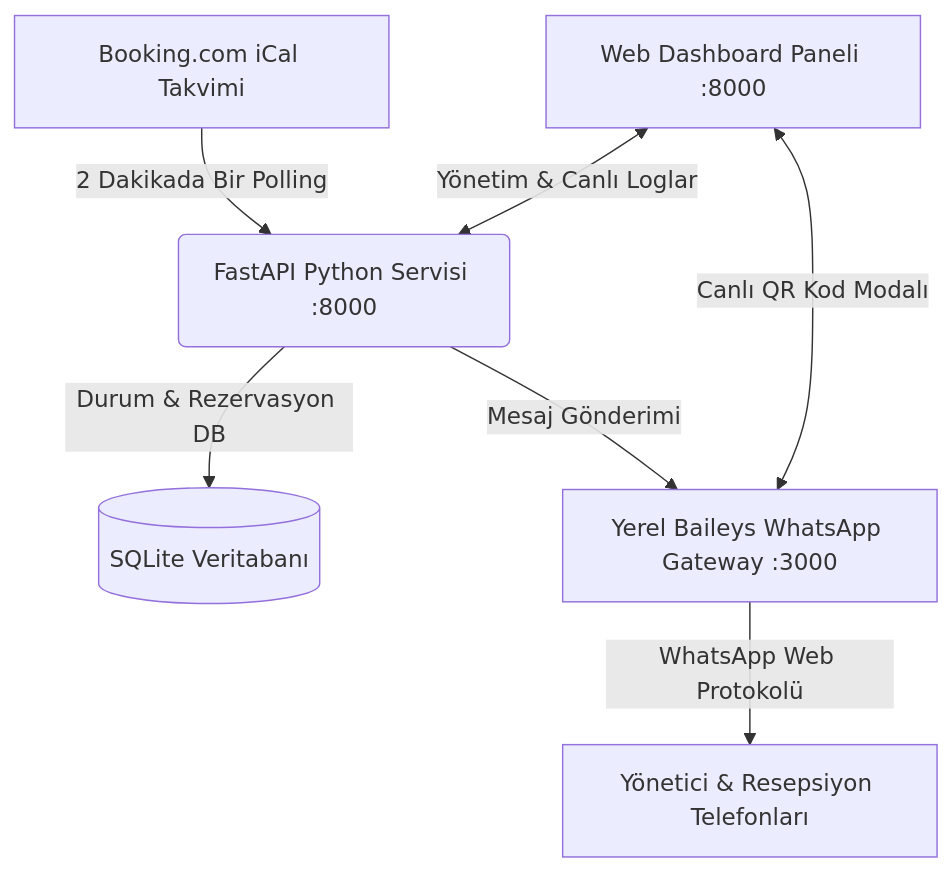
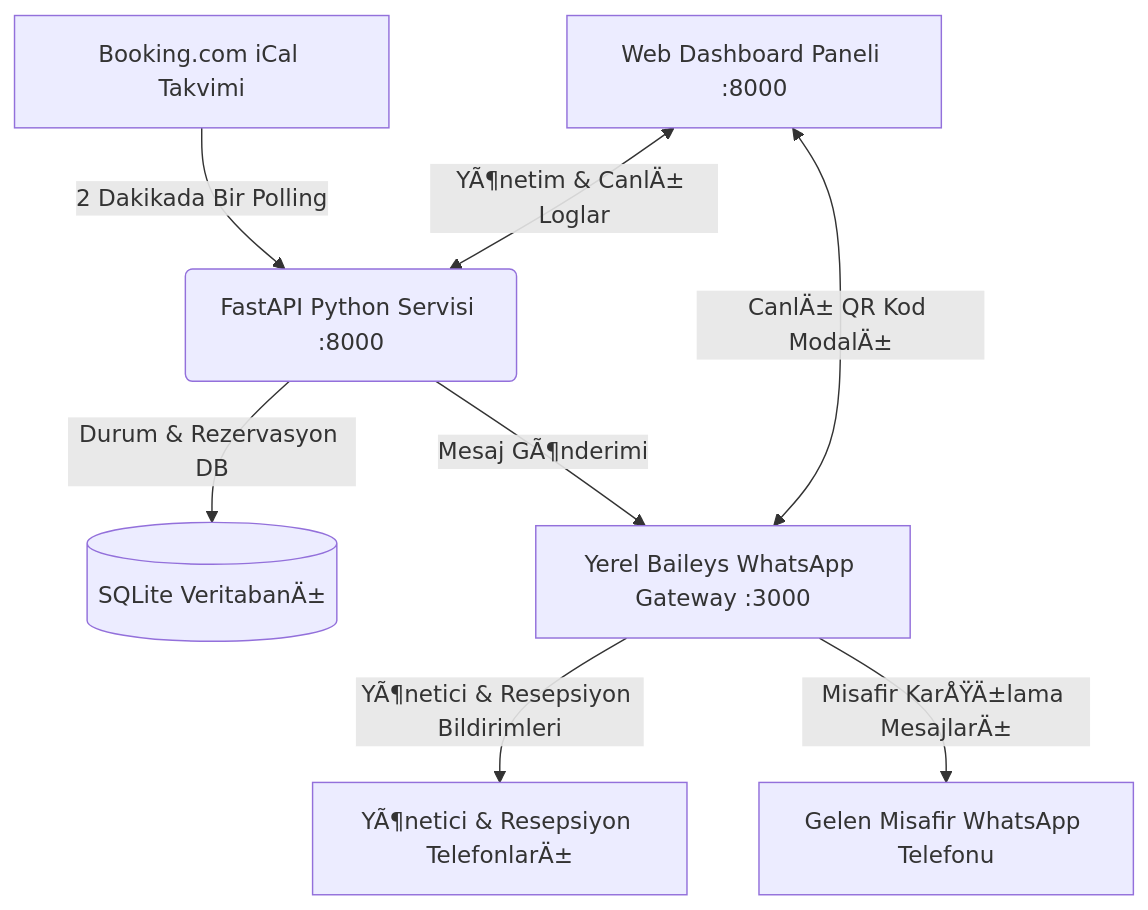
One commit to MrCoolice/booking-whatsapp-bot changed the second of 2 diagrams in README.md. Above: the diagram before and after it, drawn with Mermaid. The commit also changed other lines of this file, not shown here.

Commit message:
Docs: Update README with accurate Baileys gateway, guest welcome automation, and zero-fee architecture

````diff
--- a/README.md
+++ b/README.md
@@ -172,9 +176,10 @@
 ```mermaid
 graph TD
     A[Booking.com iCal Takvimi] -->|2 Dakikada Bir Polling| B(FastAPI Python Servisi :8000)
-    B -->|Durum & Rezervasyon DB| C[(SQLite Veritabanı)]
-    B -->|Mesaj Gönderimi| D[Yerel Baileys WhatsApp Gateway :3000]
-    D -->|WhatsApp Web Protokolü| E[Yönetici & Resepsiyon Telefonları]
-    G[Web Dashboard Paneli :8000] <-->|Canlı QR Kod Modalı| D
-    G <-->|Yönetim & Canlı Loglar| B
+    B -->|Durum & Rezervasyon DB| C[(SQLite VeritabanÄ±)]
+    B -->|Mesaj GÃ¶nderimi| D[Yerel Baileys WhatsApp Gateway :3000]
+    D -->|YÃ¶netici & Resepsiyon Bildirimleri| E[YÃ¶netici & Resepsiyon TelefonlarÄ±]
+    D -->|Misafir KarÅŸÄ±lama MesajlarÄ±| F[Gelen Misafir WhatsApp Telefonu]
+    G[Web Dashboard Paneli :8000] <-->|CanlÄ± QR Kod ModalÄ±| D
+    G <-->|YÃ¶netim & CanlÄ± Loglar| B
 ```
````
